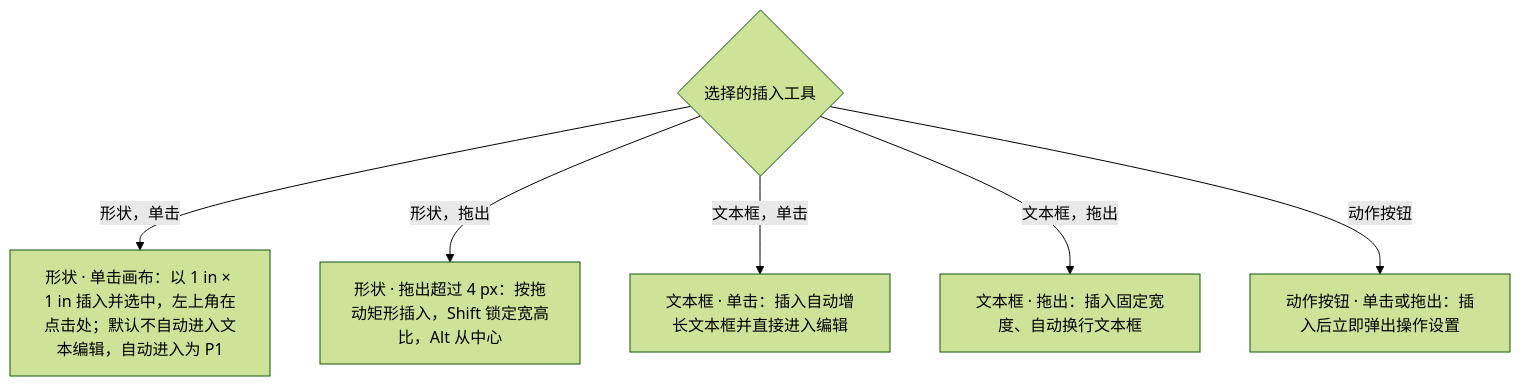
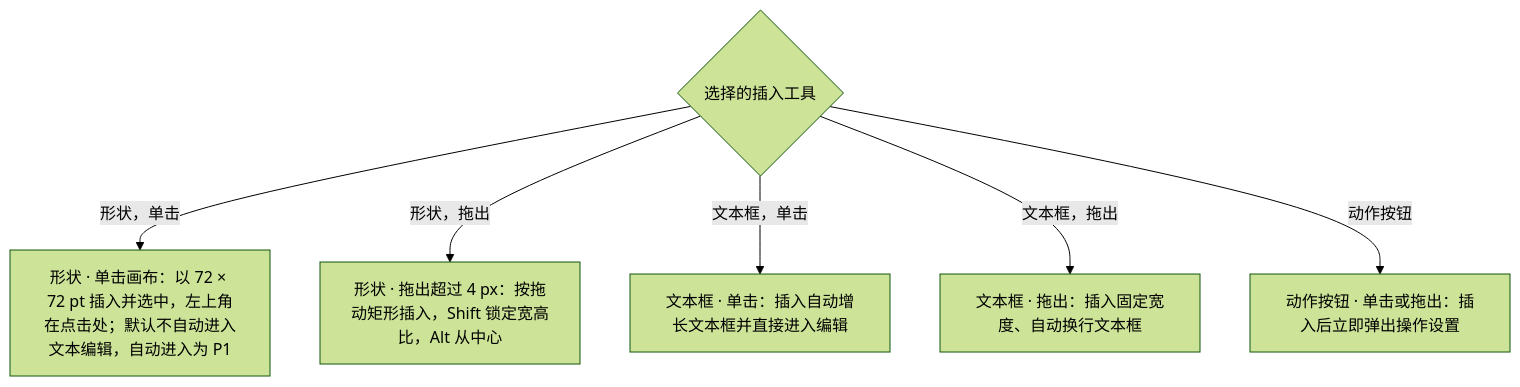
Before and after one commit to Xeonice/cordis-ppt-editor: the second of 2 diagrams in docs/20-design/03-screens/15-insert-menu-and-shape-library.md, drawn with Mermaid (forest theme). The commit also changed other lines of this file and 44 other files, not shown here.

````diff
--- a/docs/20-design/03-screens/15-insert-menu-and-shape-library.md
+++ b/docs/20-design/03-screens/15-insert-menu-and-shape-library.md
@@ -156,14 +201,14 @@
 ```mermaid
 flowchart TB
   tool{"选择的插入工具"}
-  sClick["形状 · 单击画布：以 1 in × 1 in 插入并选中，左上角在点击处；默认不自动进入文本编辑，自动进入为 P1"]
+  sClick["形状 · 单击画布：以 72 × 72 pt 插入并选中，左上角在点击处；默认不自动进入文本编辑，自动进入为 P1"]
   sDrag["形状 · 拖出超过 4 px：按拖动矩形插入，Shift 锁定宽高比，Alt 从中心"]
   tClick["文本框 · 单击：插入自动增长文本框并直接进入编辑"]
   tDrag["文本框 · 拖出：插入固定宽度、自动换行文本框"]
   aBtn["动作按钮 · 单击或拖出：插入后立即弹出操作设置"]
   tool -->|"形状，单击"| sClick
   tool -->|"形状，拖出"| sDrag
   tool -->|"文本框，单击"| tClick
   tool -->|"文本框，拖出"| tDrag
   tool -->|"动作按钮"| aBtn
 ```
````
